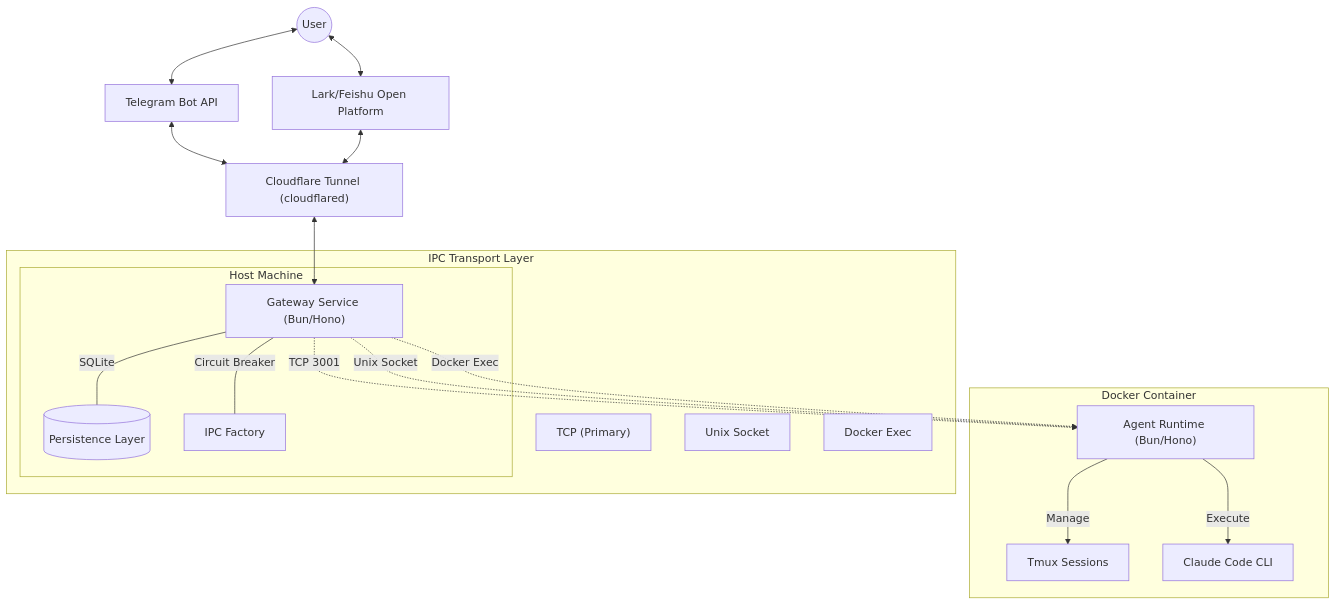
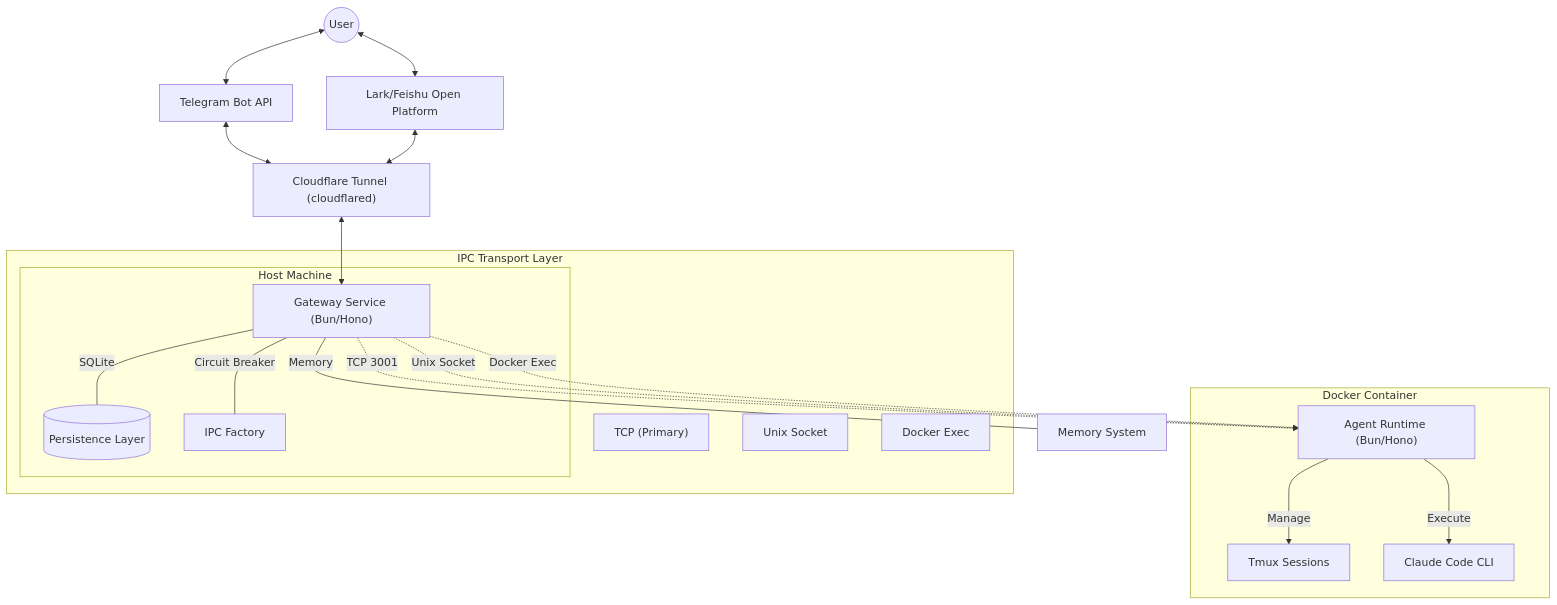
Before and after one commit to robinmin/cc-bridge: the first of 5 diagrams in docs/ARCHITECTURE_SPEC.md, drawn with Mermaid. The commit also changed other lines of this file, not shown here.

Commit message:
feat(memory): add memory support

````diff
--- a/docs/ARCHITECTURE_SPEC.md
+++ b/docs/ARCHITECTURE_SPEC.md
@@ -25,36 +29,37 @@
 ```mermaid
 graph TD
     User((User)) <--> Telegram["Telegram Bot API"]
     User <--> Lark["Lark/Feishu Open Platform"]
     Telegram <--> CF["Cloudflare Tunnel (cloudflared)"]
     Lark <--> CF
     CF <--> Gateway["Gateway Service (Bun/Hono)"]
 
     Gateway ---|SQLite| DB[("Persistence Layer")]
+    Gateway ---|Memory| Mem["Memory System"]
     Gateway ---|Circuit Breaker| IPC["IPC Factory"]
 
     subgraph Host["Host Machine"]
         Gateway
         DB
         IPC
     end
 
     subgraph Container["Docker Container"]
         Agent["Agent Runtime (Bun/Hono)"]
         Tmux["Tmux Sessions"]
         Claude["Claude Code CLI"]
     end
 
     subgraph IPC_Methods["IPC Transport Layer"]
         TCP["TCP (Primary)"]
         Unix["Unix Socket"]
         Exec["Docker Exec"]
         Host["Host Mode"]
     end
 
     Gateway -.->|TCP 3001| Agent
     Gateway -.->|Unix Socket| Agent
     Gateway -.->|Docker Exec| Agent
     Agent -->|Execute| Claude
     Agent -->|Manage| Tmux
 ```
````
